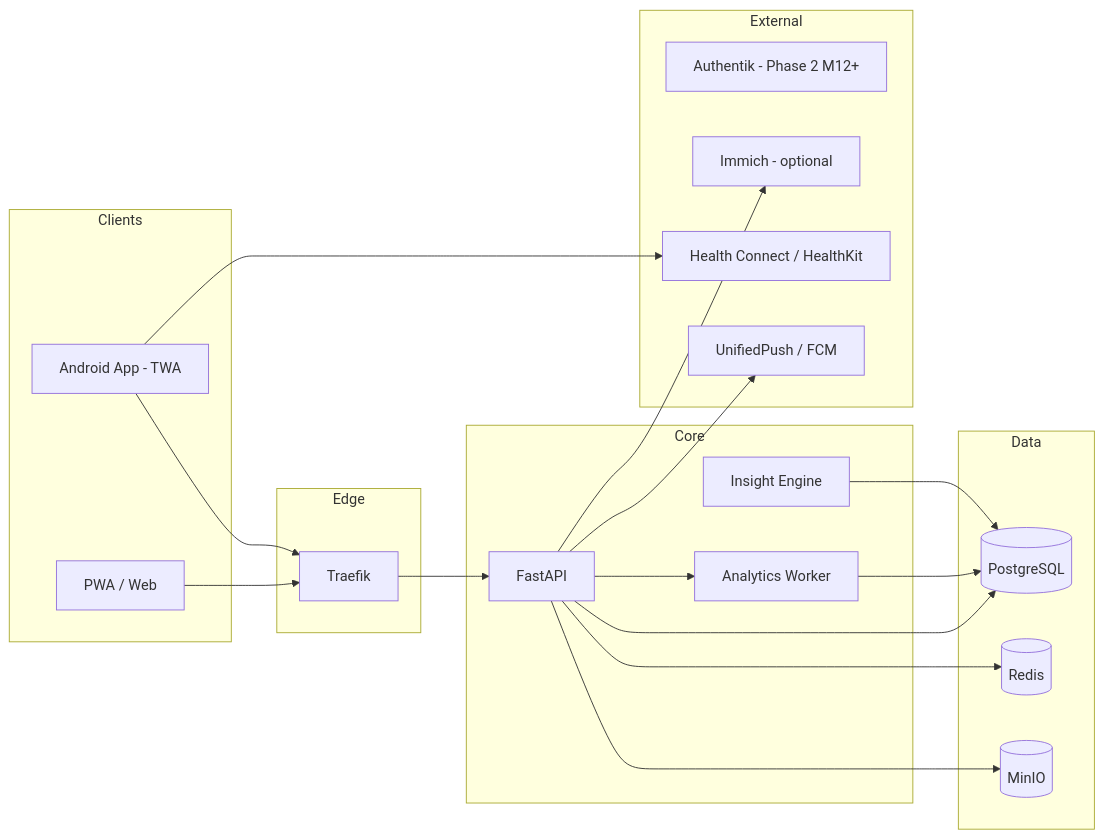
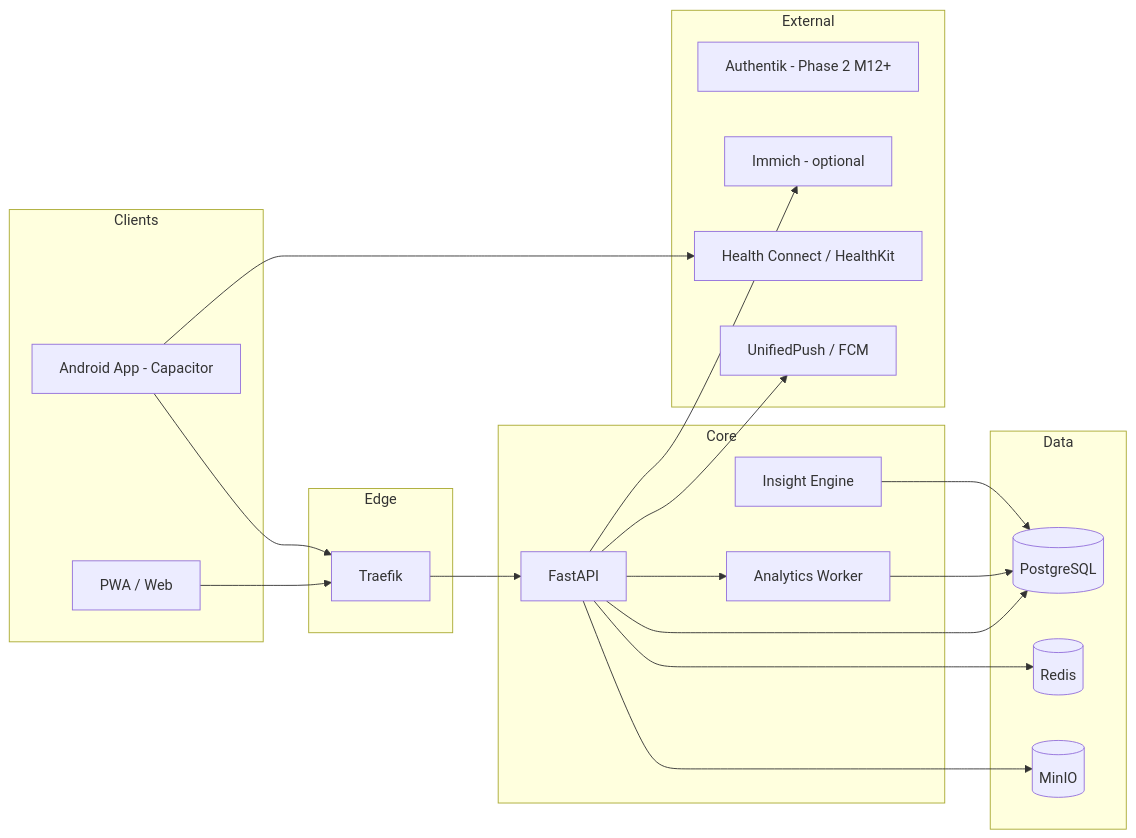
One commit to Sturmi77/correlcore changed the first of 2 diagrams in docs/DESIGN_DOCUMENT.md. Above: the diagram before and after it, drawn with Mermaid. The commit also changed other lines of this file, not shown here.

Commit message:
docs: M2 formal abschließen — Version 0.11, alle AKs + DSGVO-Checkboxen auf [x], D-002 entschieden (Custom-SVG), Mermaid TWA→Capacitor, ARCH-01/ZS-01 behoben

````diff
--- a/docs/DESIGN_DOCUMENT.md
+++ b/docs/DESIGN_DOCUMENT.md
@@ -326,38 +326,38 @@
 ```mermaid
 flowchart LR
   subgraph Clients
     PWA[PWA / Web]
-    AND[Android App - TWA]
+    AND[Android App - Capacitor]
   end
   subgraph Edge
     TRAEFIK[Traefik]
   end
   subgraph Core
     API[FastAPI]
     WRK[Analytics Worker]
     INS[Insight Engine]
   end
   subgraph Data
     PG[(PostgreSQL)]
     RED[(Redis)]
     MIN[(MinIO)]
   end
   subgraph External
     AUTH[Authentik - Phase 2 M12+]
     IMM[Immich - optional]
     HC[Health Connect / HealthKit]
     NTFY[UnifiedPush / FCM]
   end
   PWA-->TRAEFIK
   AND-->TRAEFIK
   TRAEFIK-->API
   API-->PG
   API-->RED
   API-->MIN
   WRK-->PG
   INS-->PG
   API-->WRK
   AND-->HC
   API-->IMM
   API-->NTFY
 ```
````
